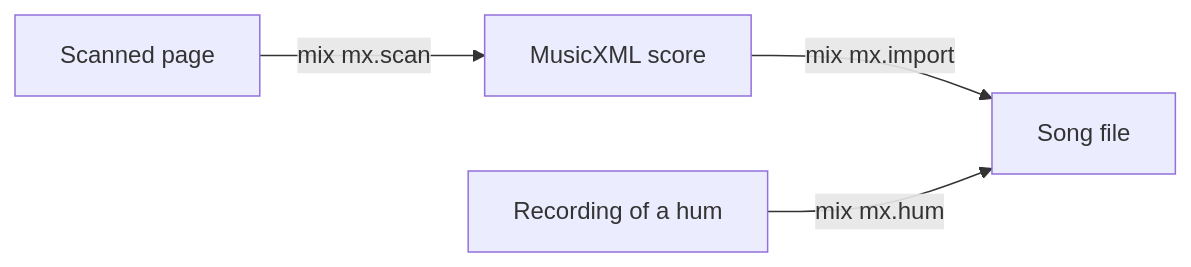
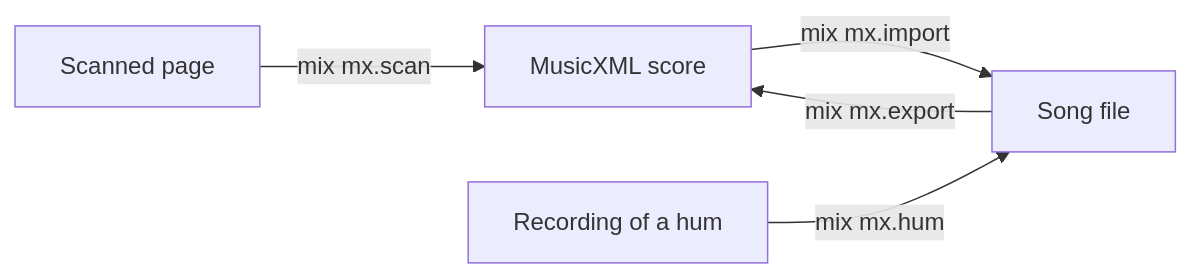
The diagram in documentation/scores.md (mx-music/mx), drawn with Mermaid before and after one commit. The commit also changed other lines of this file and 9 other files, not shown here.

Commit message:
Add mix mx.export, which writes a song as a MusicXML score

````diff
--- a/documentation/scores.md
+++ b/documentation/scores.md
@@ -6,11 +6,12 @@
 ```mermaid
 graph LR
   page["Scanned page"]
   score["MusicXML score"]
   hum["Recording of a hum"]
   song["Song file"]
 
   page -->|mix mx.scan| score
   score -->|mix mx.import| song
+  song -->|mix mx.export| score
   hum -->|mix mx.hum| song
 ```
````
